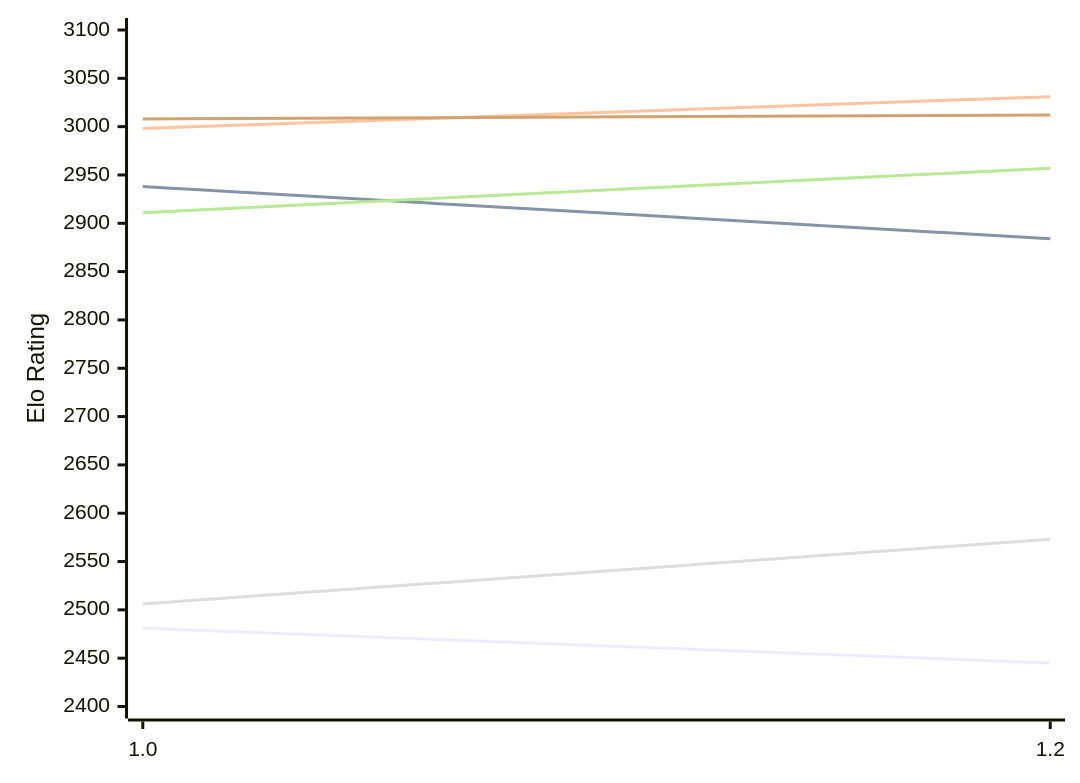
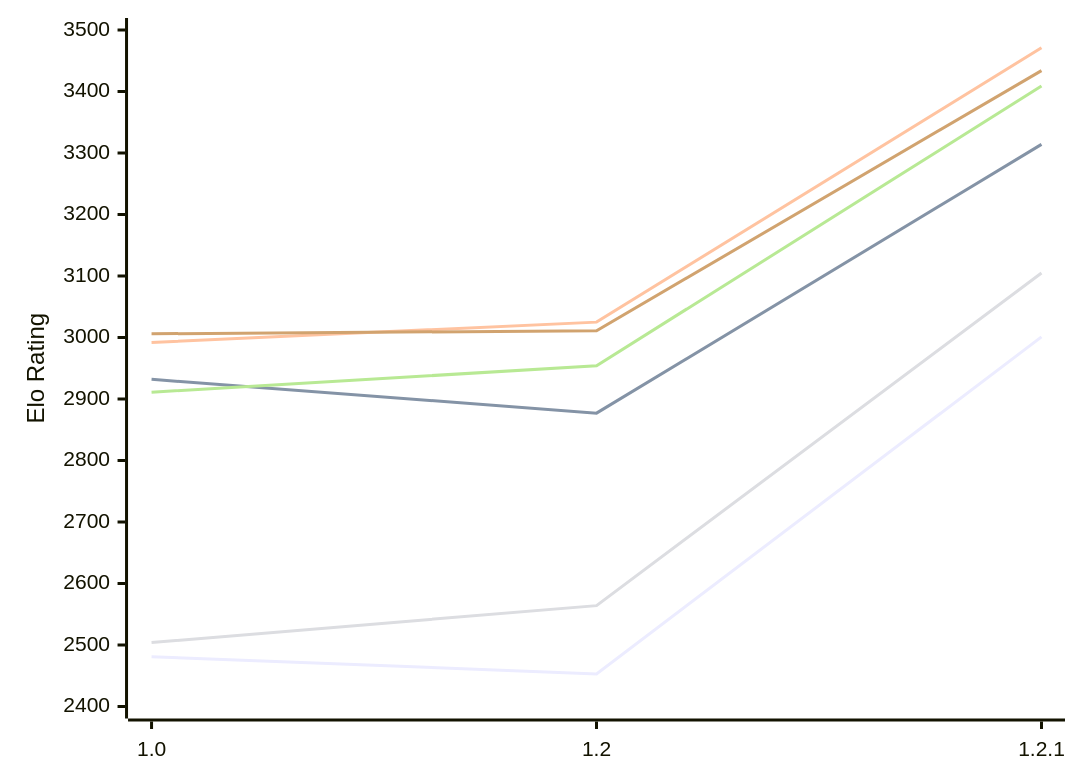
The diagram in engines/Onechess.md (computer-chess-index/cci), drawn with Mermaid before and after one commit. The commit also changed other lines of this file, not shown here.

Commit message:
Update CCI Ratings (ELO VLTC) - 2026-11-26

````diff
--- a/engines/Onechess.md
+++ b/engines/Onechess.md
@@ -49,12 +51,12 @@
 ```mermaid
 %%{init: {"theme":"base","themeVariables":{"seriesColors:['#a3a3a3','#222221','#faa371']}}}%%
 xychart-beta
-  x-axis ["1.0", "1.2"]
-  y-axis "Elo Rating" 2400 --> 3100
-  line "E1: STC (8.0+0.08s)" [2481, 2445]
-  line "E1: LTC (60.0+0.60s)" [2938, 2884]
-  line "E1: VLTC (2m24s+1.12s)" [2998, 3031]
-  line "P1: STC (8.0+0.08s)" [2506, 2573]
-  line "P1: LTC (60.0+0.60s)" [2911, 2957]
-  line "P1: VLTC (2m24s+1.12s)" [3008, 3012]
+  x-axis ["1.0", "1.2", "1.2.1"]
+  y-axis "Elo Rating" 2400 --> 3500
+  line "E1: STC (8.0+0.08s)" [2481, 2453, 3001]
+  line "E1: LTC (60.0+0.60s)" [2932, 2877, 3314]
+  line "E1: VLTC (2m24s+1.12s)" [2992, 3025, 3471]
+  line "P1: STC (8.0+0.08s)" [2504, 2564, 3105]
+  line "P1: LTC (60.0+0.60s)" [2911, 2954, 3409]
+  line "P1: VLTC (2m24s+1.12s)" [3006, 3011, 3434]
 ```
````
